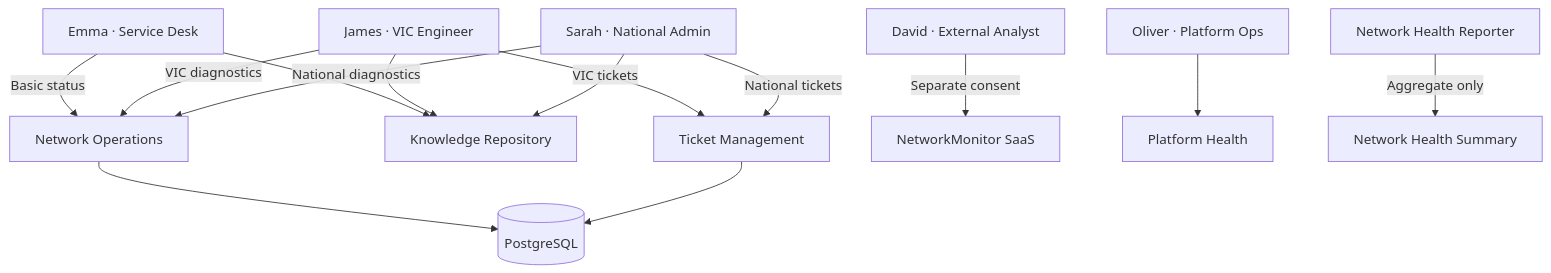
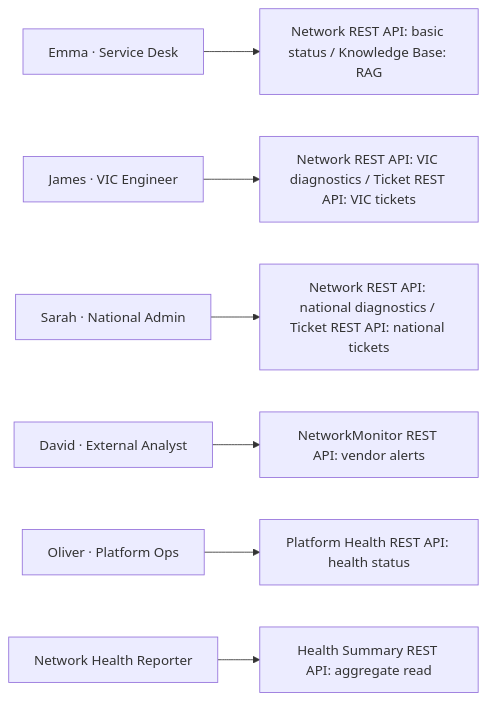
Before and after one commit to rorygleeson/AWS-agentic-ai-patterns-: the diagram in README.md, drawn with Mermaid. The commit also changed other lines of this file, not shown here.

Commit message:
docs: simplify persona access diagram and label API versus RAG systems

````diff
--- a/README.md
+++ b/README.md
@@ -35,16 +37,9 @@
 ```mermaid
-flowchart TB
-  Emma["Emma · Service Desk"] -->|"Basic status"| Network["Network Operations"]
-  Emma --> Knowledge["Knowledge Repository"]
-  James["James · VIC Engineer"] -->|"VIC diagnostics"| Network
-  James -->|"VIC tickets"| Tickets["Ticket Management"]
-  James --> Knowledge
-  Sarah["Sarah · National Admin"] -->|"National diagnostics"| Network
-  Sarah -->|"National tickets"| Tickets
-  Sarah --> Knowledge
-  David["David · External Analyst"] -->|"Separate consent"| Vendor["NetworkMonitor SaaS"]
-  Oliver["Oliver · Platform Ops"] --> Platform["Platform Health"]
-  Reporter["Network Health Reporter"] -->|"Aggregate only"| Summary["Network Health Summary"]
-  Network --> RDS[("PostgreSQL")]
-  Tickets --> RDS
+flowchart LR
+  Emma["Emma · Service Desk"] --> E["Network REST API: basic status / Knowledge Base: RAG"]
+  James["James · VIC Engineer"] --> J["Network REST API: VIC diagnostics / Ticket REST API: VIC tickets"]
+  Sarah["Sarah · National Admin"] --> S["Network REST API: national diagnostics / Ticket REST API: national tickets"]
+  David["David · External Analyst"] --> D["NetworkMonitor REST API: vendor alerts"]
+  Oliver["Oliver · Platform Ops"] --> O["Platform Health REST API: health status"]
+  Reporter["Network Health Reporter"] --> R["Health Summary REST API: aggregate read"]
 ```
````
